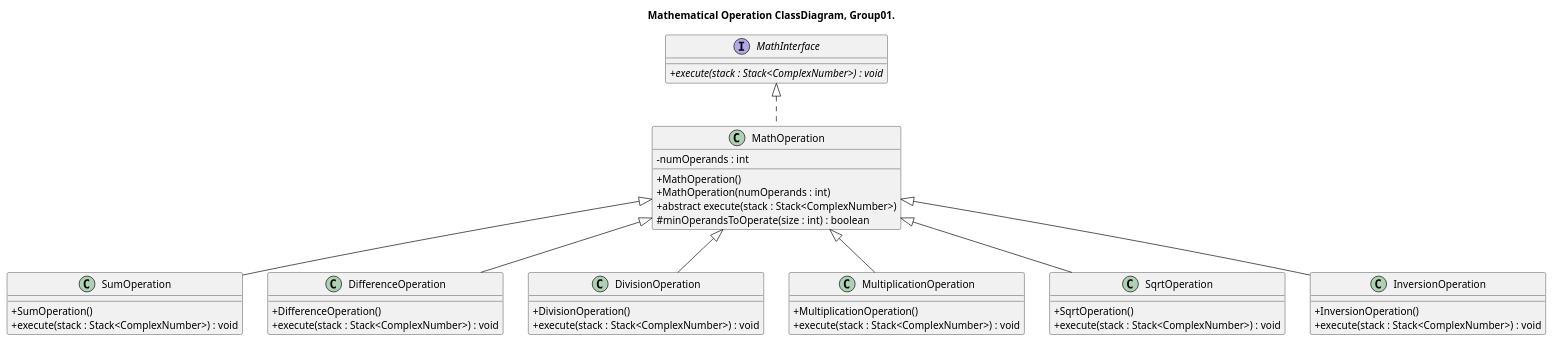
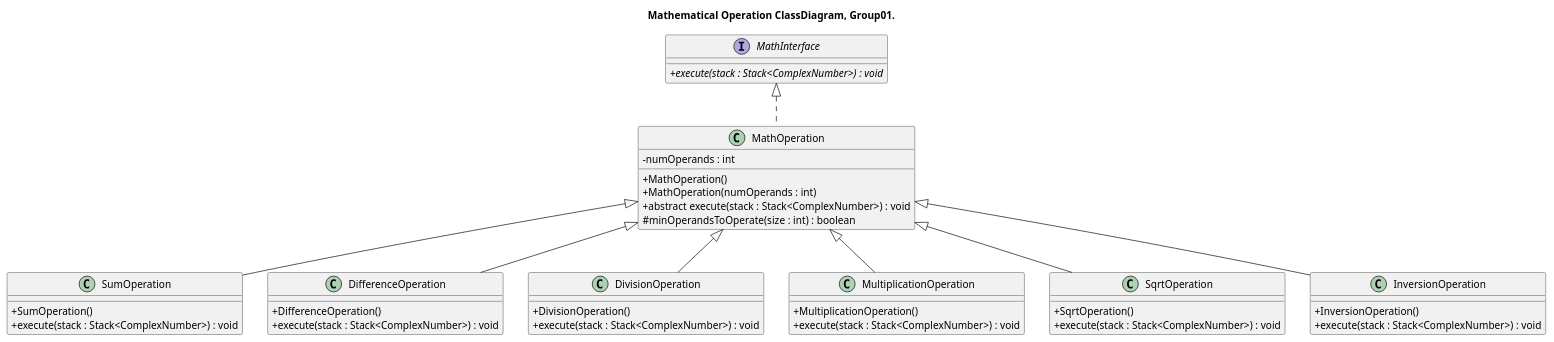
Before and after one commit to CiroCutolo/Scientific_Calculator_group01_2023: the diagram in class_diagram/MathematicalOperation_ClassDiagram_group01.puml, drawn with PlantUML. The commit also changed 5 other files, not shown here.

```diff
--- a/class_diagram/MathematicalOperation_ClassDiagram_group01.puml
+++ b/class_diagram/MathematicalOperation_ClassDiagram_group01.puml
@@ -1,58 +1,58 @@
 @startuml MathematicalOperation_ClassDiagram_Group01
 
 
 title Mathematical Operation ClassDiagram, Group01.
 
 skinparam ClassAttributeIconSize 0
 
 interface MathInterface{
 	+ {abstract} execute(stack : Stack<ComplexNumber>) : void
 }
 
 abstract class MathOperation{
 	- numOperands : int
 	+ MathOperation()	
 	+ MathOperation(numOperands : int)
-	+ abstract execute(stack : Stack<ComplexNumber>)
+	+ abstract execute(stack : Stack<ComplexNumber>) : void
 	# minOperandsToOperate(size : int) : boolean
 }
 
 class SumOperation{
 	+ SumOperation()
 	+ execute(stack : Stack<ComplexNumber>) : void
 }
 
 class DifferenceOperation{
 	+ DifferenceOperation()
 	+ execute(stack : Stack<ComplexNumber>) : void
 }
 
 class DivisionOperation{
 	+ DivisionOperation()
 	+ execute(stack : Stack<ComplexNumber>) : void
 }
 
 class MultiplicationOperation{
 	+ MultiplicationOperation()
 	+ execute(stack : Stack<ComplexNumber>) : void
 }
 
 class SqrtOperation{
 	+ SqrtOperation()
 	+ execute(stack : Stack<ComplexNumber>) : void
 }
 
 class InversionOperation{
 	+ InversionOperation()
 	+ execute(stack : Stack<ComplexNumber>) : void
 }
 
 class MathOperation implements MathInterface
 class SumOperation extends MathOperation
 class DifferenceOperation extends MathOperation
 class DivisionOperation extends MathOperation
 class MultiplicationOperation extends MathOperation
 class SqrtOperation extends MathOperation
 class InversionOperation extends MathOperation
 
 @enduml
```
